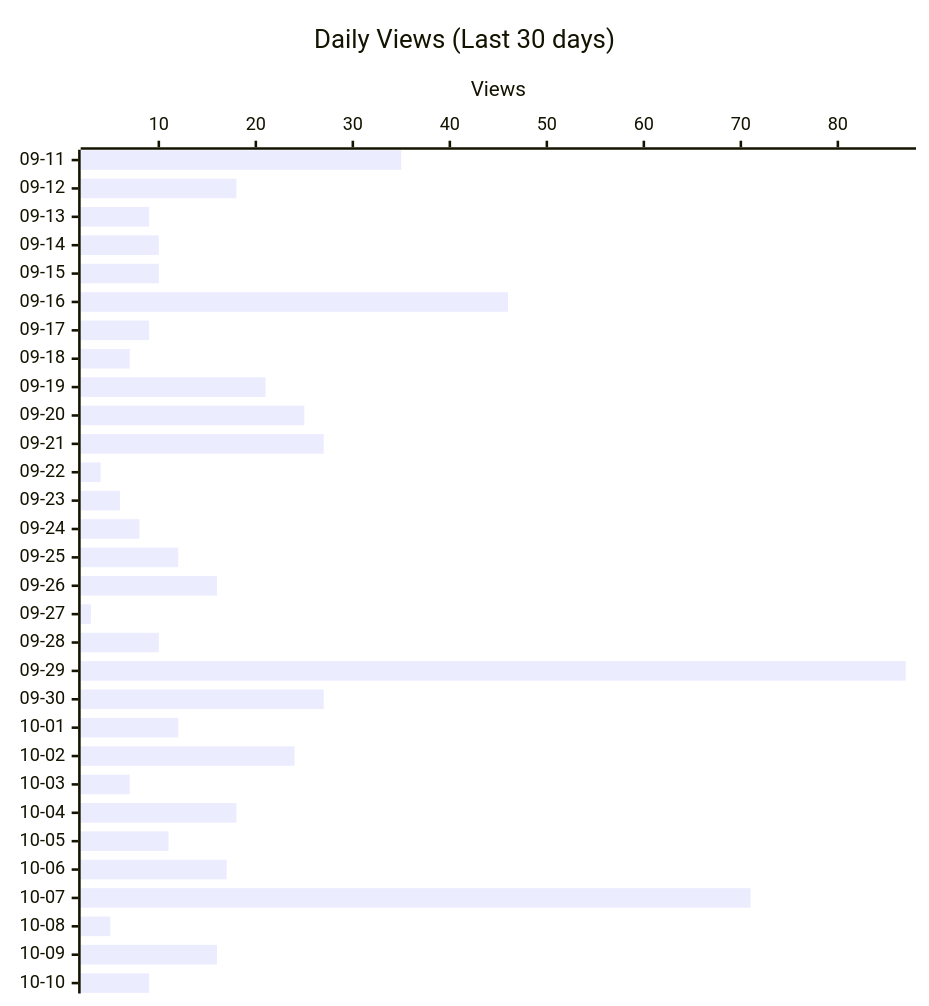
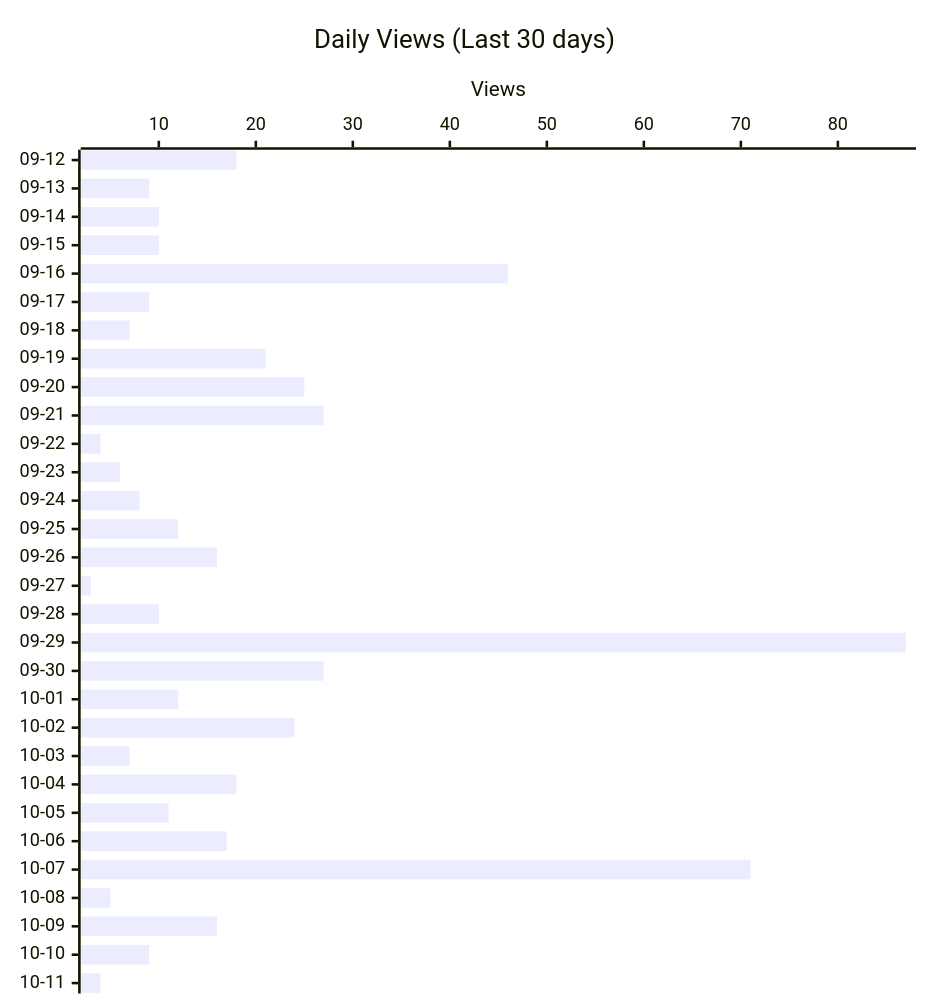
Before and after one commit to shigechika/github-insights: the second of 4 diagrams in README.md, drawn with Mermaid. The commit also changed other lines of this file and 2 other files, not shown here.

````diff
--- a/README.md
+++ b/README.md
@@ -28,12 +28,12 @@
 ```mermaid
 ---
 config:
   xyChart:
     height: 760
 ---
 xychart-beta horizontal
     title "Daily Views (Last 30 days)"
-    x-axis ["09-11", "09-12", "09-13", "09-14", "09-15", "09-16", "09-17", "09-18", "09-19", "09-20", "09-21", "09-22", "09-23", "09-24", "09-25", "09-26", "09-27", "09-28", "09-29", "09-30", "10-01", "10-02", "10-03", "10-04", "10-05", "10-06", "10-07", "10-08", "10-09", "10-10"]
+    x-axis ["09-12", "09-13", "09-14", "09-15", "09-16", "09-17", "09-18", "09-19", "09-20", "09-21", "09-22", "09-23", "09-24", "09-25", "09-26", "09-27", "09-28", "09-29", "09-30", "10-01", "10-02", "10-03", "10-04", "10-05", "10-06", "10-07", "10-08", "10-09", "10-10", "10-11"]
     y-axis "Views"
-    bar [35, 18, 9, 10, 10, 46, 9, 7, 21, 25, 27, 4, 6, 8, 12, 16, 3, 10, 87, 27, 12, 24, 7, 18, 11, 17, 71, 5, 16, 9]
+    bar [18, 9, 10, 10, 46, 9, 7, 21, 25, 27, 4, 6, 8, 12, 16, 3, 10, 87, 27, 12, 24, 7, 18, 11, 17, 71, 5, 16, 9, 4]
 ```
````
